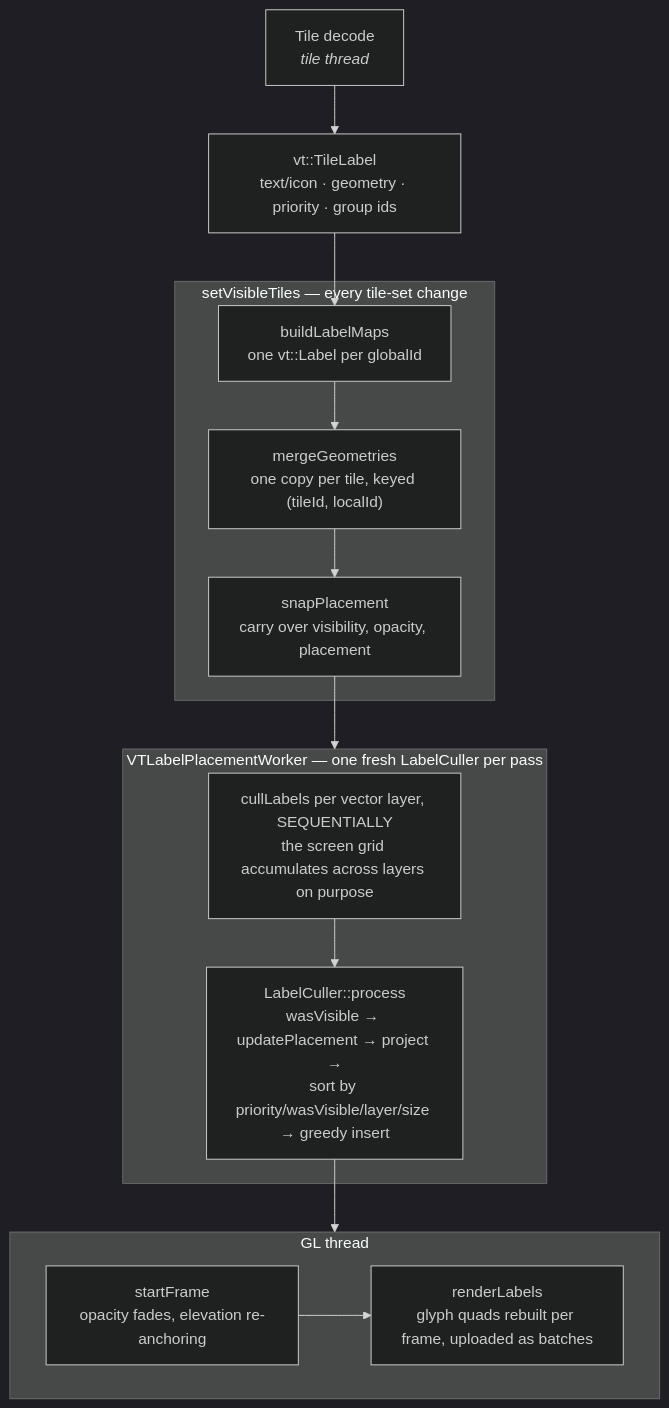
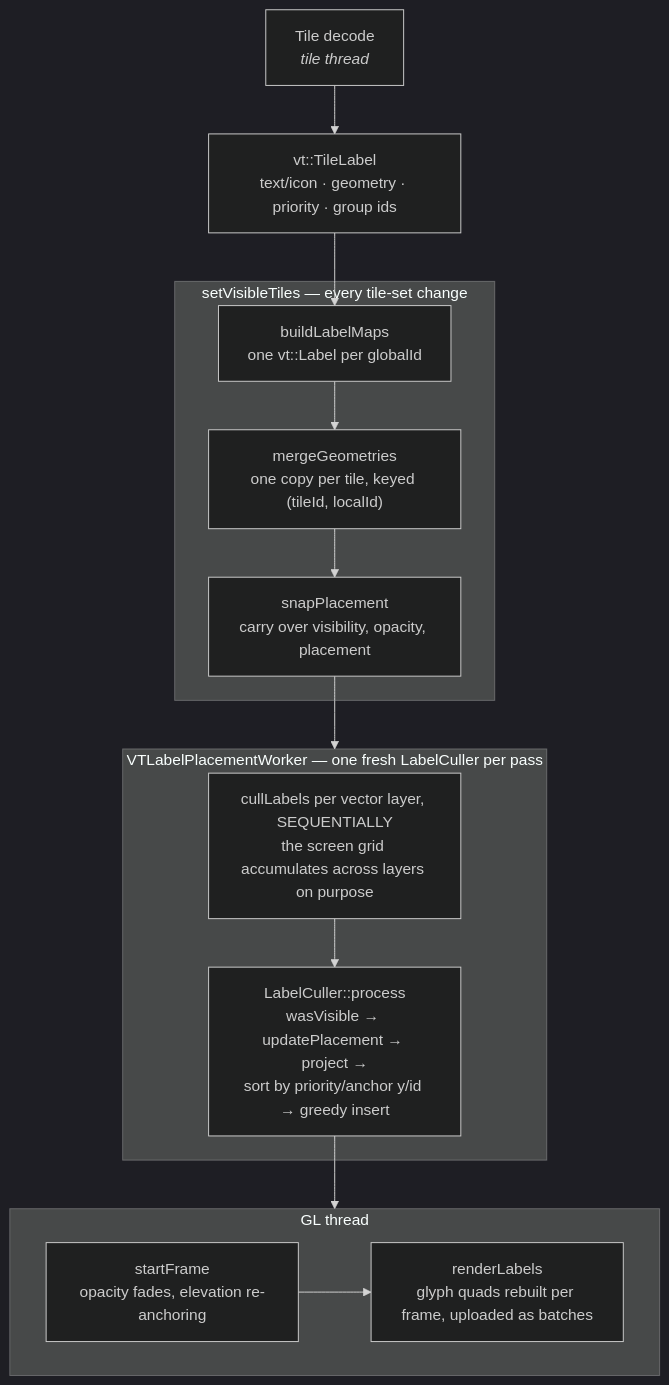
Before and after one commit to massif-maps/MassifMaps: the diagram in docs/internals/rendering/06-labels.mdx, drawn with Mermaid (dark theme). The commit also changed other lines of this file and 20 other files, not shown here.

````diff
--- a/docs/internals/rendering/06-labels.mdx
+++ b/docs/internals/rendering/06-labels.mdx
@@ -14,28 +14,28 @@
 ```mermaid
 flowchart TD
   decode["Tile decode<br/><i>tile thread</i>"] --> tl["vt::TileLabel<br/>text/icon · geometry · priority · group ids"]
   tl --> build
 
   subgraph glset["setVisibleTiles — every tile-set change"]
     build["buildLabelMaps<br/>one vt::Label per globalId"]
     merge["mergeGeometries<br/>one copy per tile, keyed (tileId, localId)"]
     snap["snapPlacement<br/>carry over visibility, opacity, placement"]
     build --> merge --> snap
   end
 
   snap --> worker
 
   subgraph worker["VTLabelPlacementWorker — one fresh LabelCuller per pass"]
     seq["cullLabels per vector layer, SEQUENTIALLY<br/>the screen grid accumulates across layers on purpose"]
-    proc["LabelCuller::process<br/>wasVisible → updatePlacement → project →<br/>sort by priority/wasVisible/layer/size → greedy insert"]
+    proc["LabelCuller::process<br/>wasVisible → updatePlacement → project →<br/>sort by priority/anchor y/id → greedy insert"]
     seq --> proc
   end
 
   proc --> gl
 
   subgraph gl["GL thread"]
     fade["startFrame<br/>opacity fades, elevation re-anchoring"]
     draw["renderLabels<br/>glyph quads rebuilt per frame, uploaded as batches"]
     fade --> draw
   end
 ```
````
